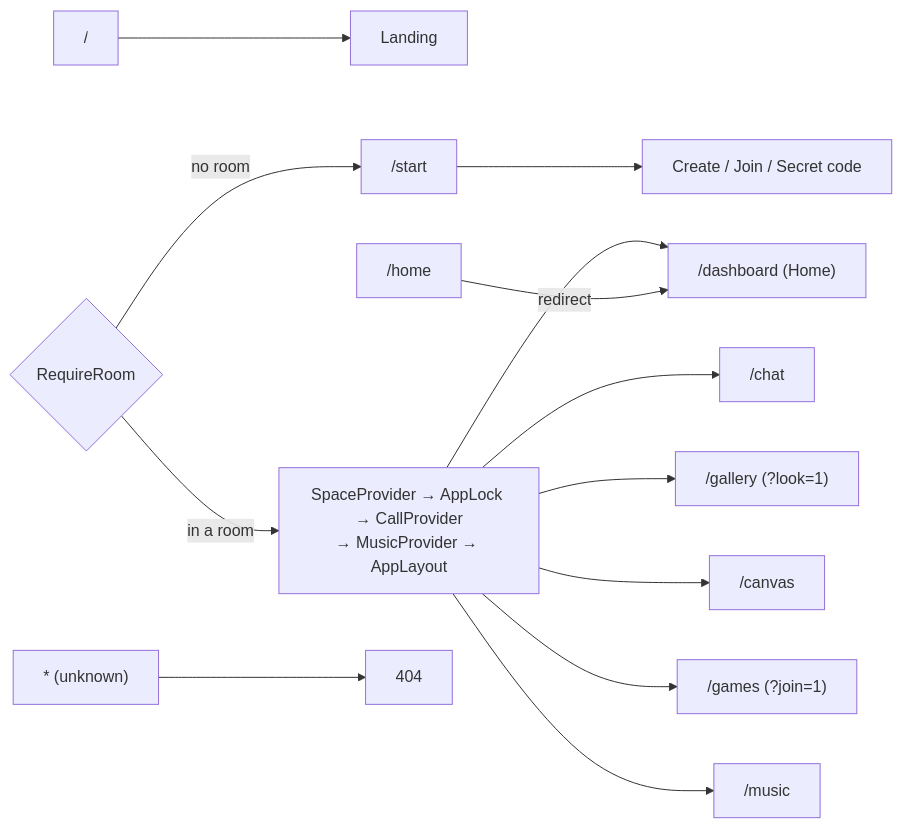
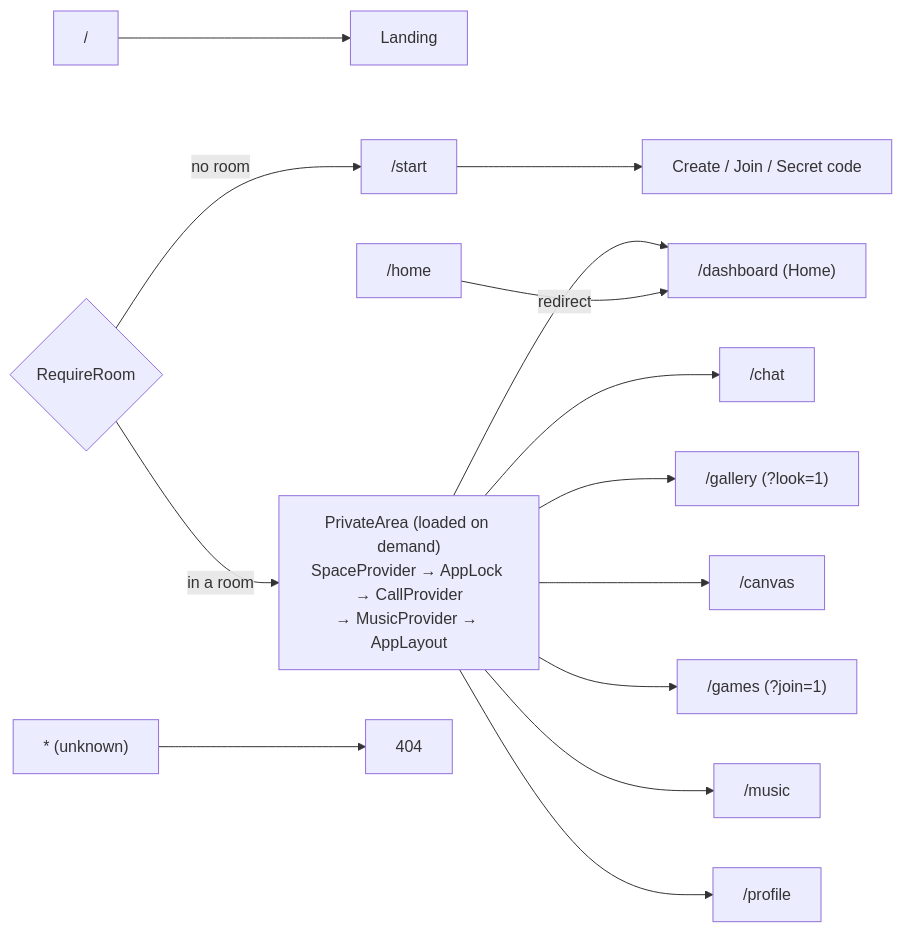
The ninth of 34 diagrams in front-end/doc/04-flowcharts.md (silent-coder-dev/private-space), drawn with Mermaid before and after one commit. The commit also changed other lines of this file and 56 other files, not shown here.

````diff
--- a/front-end/doc/04-flowcharts.md
+++ b/front-end/doc/04-flowcharts.md
@@ -206,16 +212,17 @@
 ```mermaid
 flowchart LR
     Root["/"] --> Landing["Landing"]
     StartP["/start"] --> Start["Create / Join / Secret code"]
     Guard{"RequireRoom"}
     Guard -->|"no room"| StartP
-    Guard -->|"in a room"| Layout["SpaceProvider → AppLock → CallProvider<br/>→ MusicProvider → AppLayout"]
+    Guard -->|"in a room"| Layout["PrivateArea (loaded on demand)<br/>SpaceProvider → AppLock → CallProvider<br/>→ MusicProvider → AppLayout"]
     Layout --> D["/dashboard (Home)"]
     Layout --> C["/chat"]
     Layout --> G["/gallery (?look=1)"]
     Layout --> CV["/canvas"]
     Layout --> GM["/games (?join=1)"]
     Layout --> M["/music"]
+    Layout --> P["/profile"]
     HomeAlias["/home"] -->|"redirect"| D
     Star["* (unknown)"] --> NF["404"]
 ```
````
